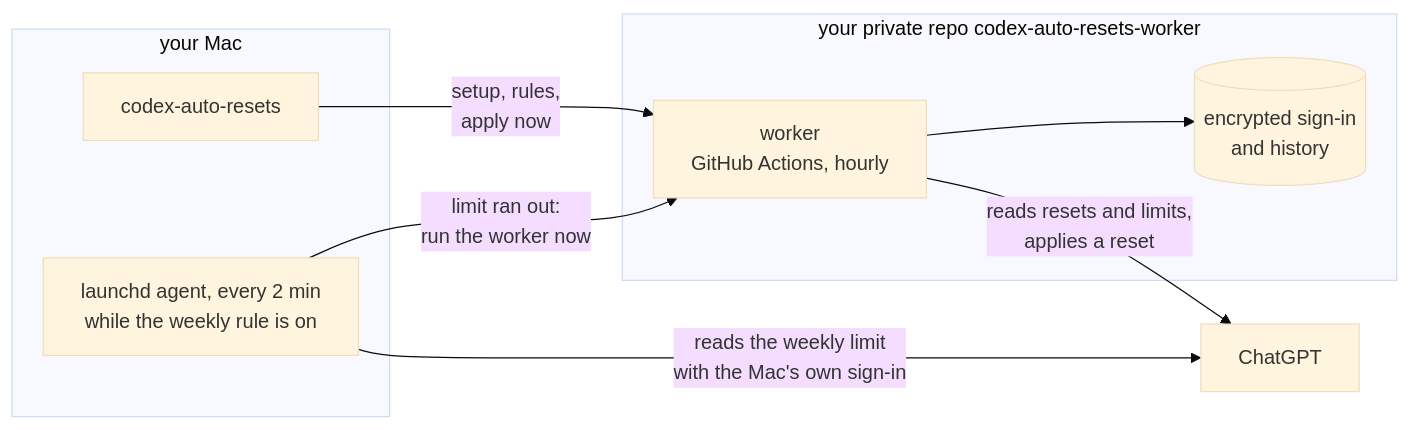
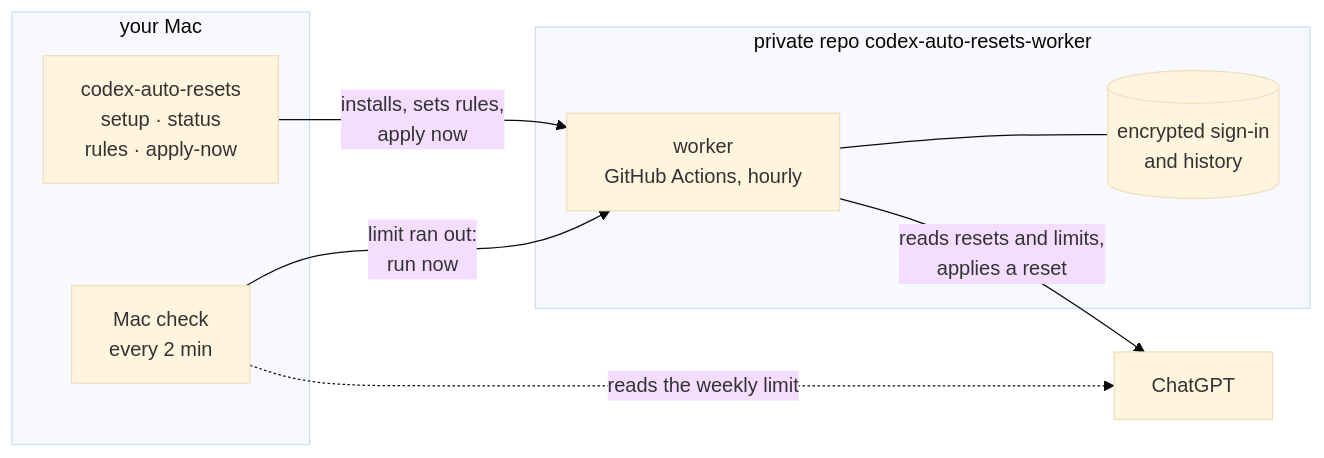
Before and after one commit to Keshaqaz/ares: the diagram in README.md, drawn with Mermaid (base theme). The commit also changed other lines of this file and 4 other files, not shown here.

First line of the commit message:
Refresh the README for the current CLI: logo, screenshots and diagram

````diff
--- a/README.md
+++ b/README.md
@@ -68,15 +61,17 @@
 ```mermaid
 flowchart LR
   subgraph M["your Mac"]
-    CLI["codex-auto-resets"]
-    A["launchd agent, every 2 min<br/>while the weekly rule is on"]
+    CLI["codex-auto-resets<br/>setup · status<br/>rules · apply-now"]
+    A["Mac check<br/>every 2 min"]
   end
-  subgraph R["your private repo codex-auto-resets-worker"]
-    W["worker<br/>GitHub Actions, hourly"] --> S[("encrypted sign-in<br/>and history")]
+  subgraph R["private repo codex-auto-resets-worker"]
+    W["worker<br/>GitHub Actions, hourly"]
+    S[("encrypted sign-in<br/>and history")]
   end
   C["ChatGPT"]
-  CLI -- "setup, rules,<br/>apply now" --> W
-  A -- "reads the weekly limit<br/>with the Mac's own sign-in" --> C
-  A -- "limit ran out:<br/>run the worker now" --> W
+  CLI -- "installs, sets rules,<br/>apply now" --> W
+  A -. "reads the weekly limit" .-> C
+  A -- "limit ran out:<br/>run now" --> W
+  W --- S
   W -- "reads resets and limits,<br/>applies a reset" --> C
 ```
````
